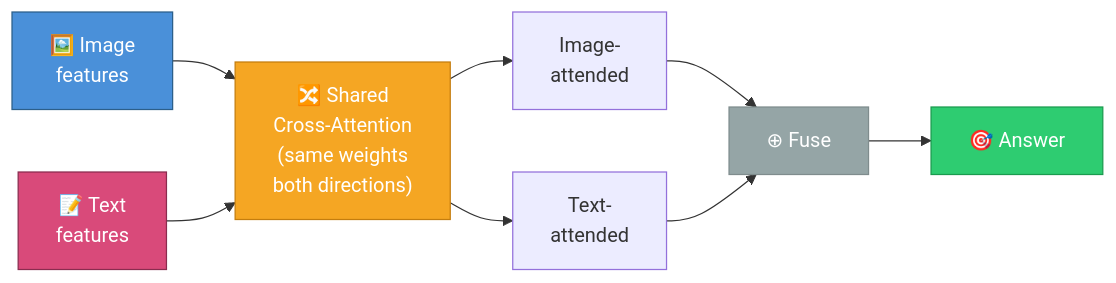
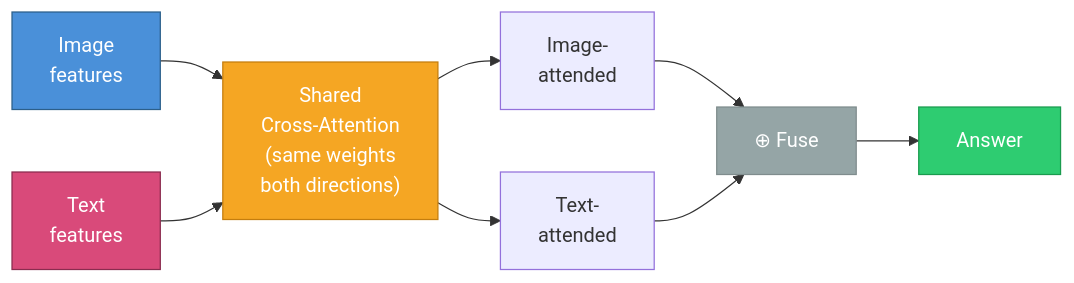
One commit to adikatre/Asymmetric-Cross-Modal-Attention changed the fifth of 7 diagrams in README.md. Above: the diagram before and after it, drawn with Mermaid. The commit also changed other lines of this file, not shown here.

````diff
--- a/README.md
+++ b/README.md
@@ -568,16 +568,16 @@
 ```mermaid
 graph LR
-    I3["🖼️ Image<br/>features"] --> SCA["🔀 Shared<br/>Cross-Attention<br/>(same weights<br/>both directions)"]
-    T3["📝 Text<br/>features"] --> SCA
+    I3["Image<br/>features"] --> SCA["Shared<br/>Cross-Attention<br/>(same weights<br/>both directions)"]
+    T3["Text<br/>features"] --> SCA
     SCA --> IA["Image-<br/>attended"]
     SCA --> TA["Text-<br/>attended"]
     IA --> F3["⊕ Fuse"]
     TA --> F3
-    F3 --> A3["🎯 Answer"]
+    F3 --> A3["Answer"]
 
     style I3 fill:#4A90D9,stroke:#2C5F8A,color:#fff
     style T3 fill:#D94A7A,stroke:#8A2C4F,color:#fff
     style SCA fill:#F5A623,stroke:#C47D0E,color:#fff
     style F3 fill:#95A5A6,stroke:#7F8C8D,color:#fff
     style A3 fill:#2ECC71,stroke:#1A9B4E,color:#fff
 ```
````
